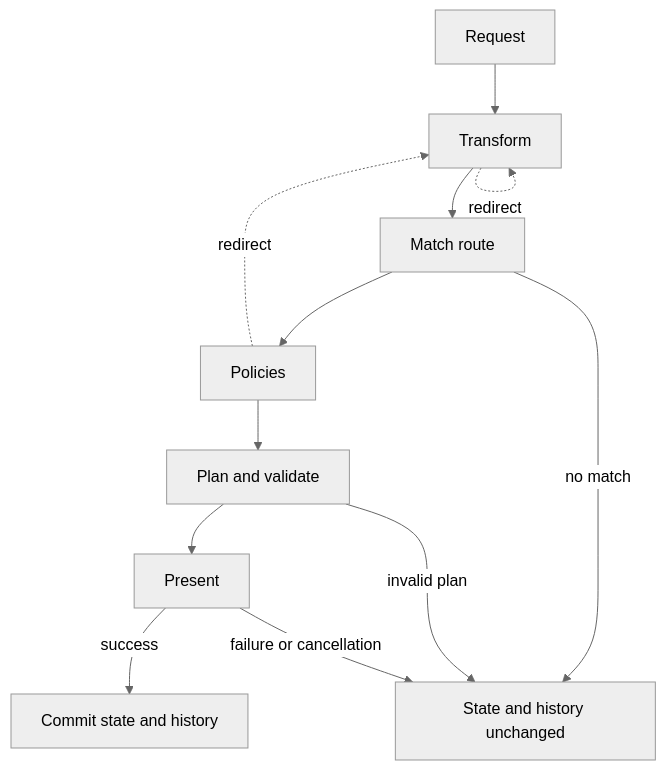
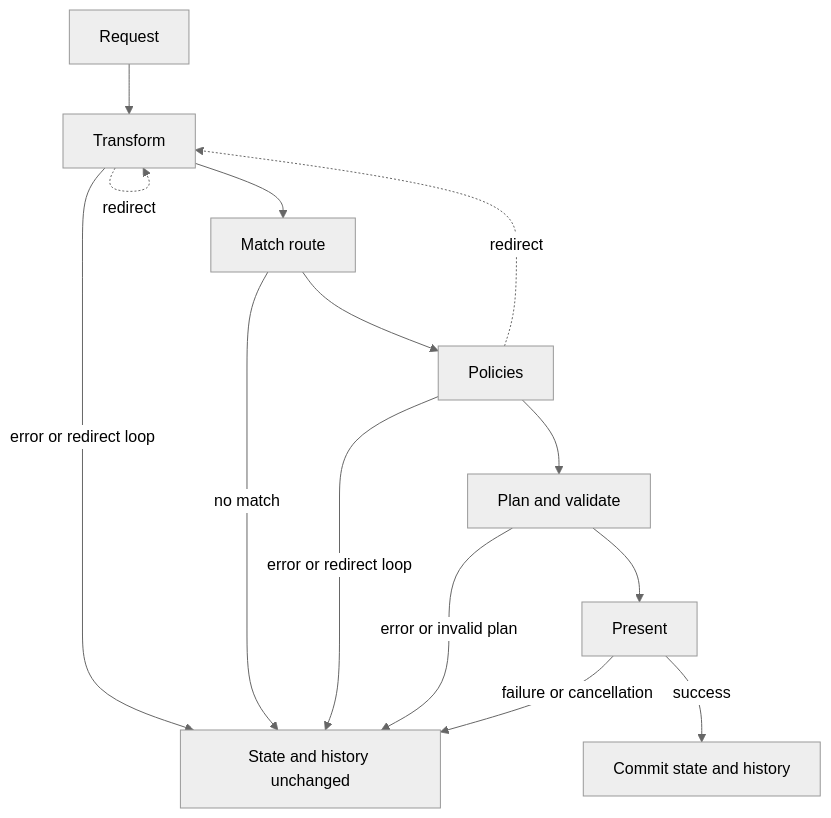
Before and after one commit to AdamEssenmacher/AppNav: the diagram in docs/architecture.md, drawn with Mermaid (neutral theme). The commit also changed other lines of this file, not shown here.

First line of the commit message:
Clarify failure paths, Back outcomes and validation in the architecture overview

````diff
--- a/docs/architecture.md
+++ b/docs/architecture.md
@@ -19,14 +19,16 @@
 ```mermaid
 flowchart TD
     R[Request] --> T[Transform]
     T --> M[Match route]
     M --> P[Policies]
     P --> L[Plan and validate]
     L --> A[Present]
     A -->|success| C[Commit state and history]
     T -. redirect .-> T
     P -. redirect .-> T
-    M -->|no match| F[State and history unchanged]
-    L -->|invalid plan| F
+    T -->|error or redirect loop| F[State and history unchanged]
+    M -->|no match| F
+    P -->|error or redirect loop| F
+    L -->|error or invalid plan| F
     A -->|failure or cancellation| F
 ```
````
